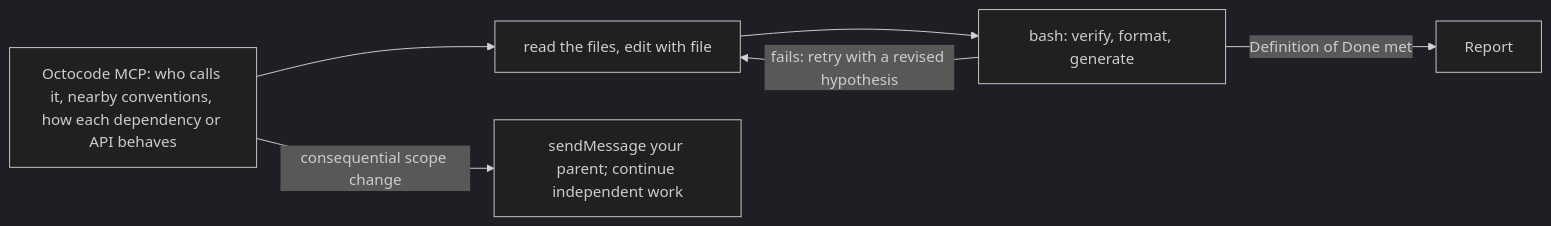
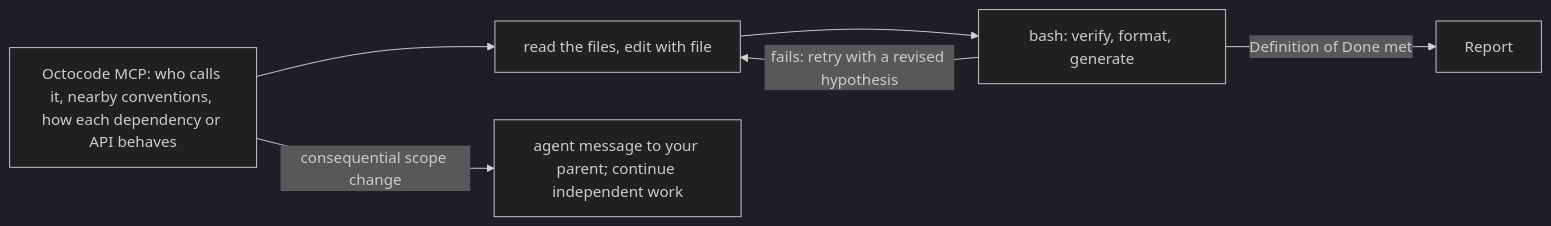
One commit to bgauryy/octocode-coding-agent changed the diagram in packages/coding-agent/src/octocode/instructions/roles/implementer.md. Above: the diagram before and after it, drawn with Mermaid (dark theme). The commit also changed other lines of this file and 1023 other files, not shown here.

````diff
--- a/packages/coding-agent/src/octocode/instructions/roles/implementer.md
+++ b/packages/coding-agent/src/octocode/instructions/roles/implementer.md
@@ -9,7 +9,7 @@
 ```mermaid
 flowchart LR
   R["Octocode MCP: who calls it, nearby conventions, how each dependency or API behaves"] --> E["read the files, edit with file"] --> V["bash: verify, format, generate"]
   V -- "fails: retry with a revised hypothesis" --> E
-  R -- consequential scope change --> P["sendMessage your parent; continue independent work"]
+  R -- consequential scope change --> P["agent message to your parent; continue independent work"]
   V -- "Definition of Done met" --> O[Report]
 ```
````
